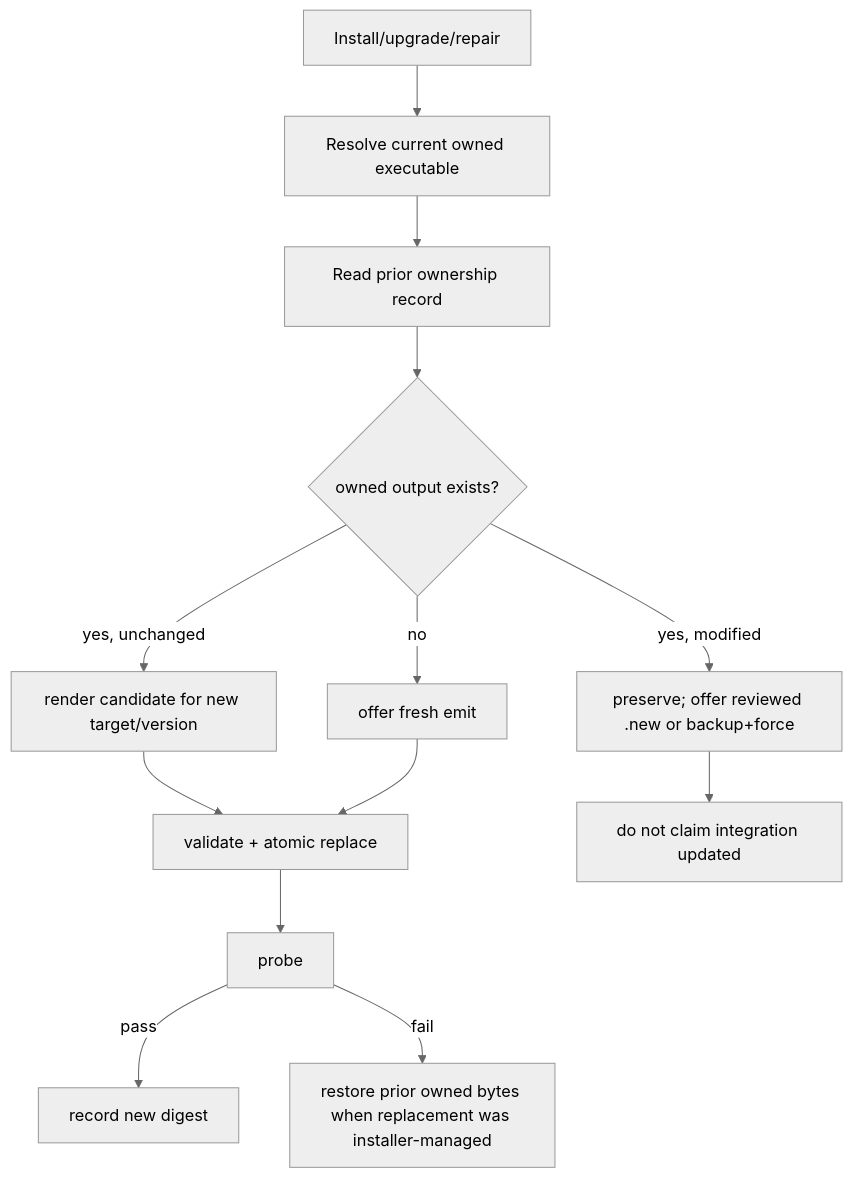
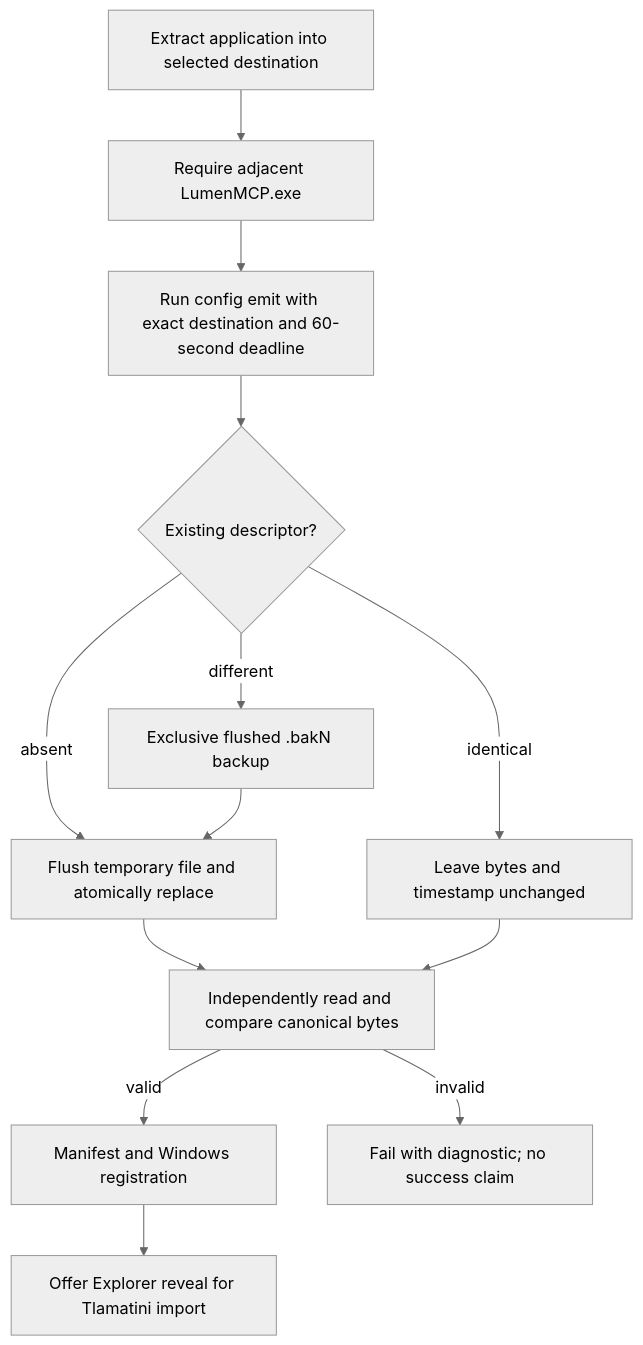
Before and after one commit to XAIHT/Lumen-Book-Reader: diagram 31 of 31 in LumenBookReader-MCPDesign.md, drawn with Mermaid (neutral theme). The commit also changed other lines of this file and 13 other files, not shown here.

Commit message:
Improved the installer, now it creates `LumenBookReader.json` beside in the actual installation folder, by Tlamatini's-AutoBot.

````diff
--- a/LumenBookReader-MCPDesign.md
+++ b/LumenBookReader-MCPDesign.md
@@ -3731,15 +3745,15 @@
 ```mermaid
 flowchart TD
-    A[Install/upgrade/repair] --> B[Resolve current owned executable]
-    B --> C[Read prior ownership record]
-    C --> D{owned output exists?}
-    D -->|no| E[offer fresh emit]
-    D -->|yes, unchanged| F[render candidate for new target/version]
-    D -->|yes, modified| G[preserve; offer reviewed .new or backup+force]
-    F --> H[validate + atomic replace]
-    E --> H
-    H --> I[probe]
-    I -->|pass| J[record new digest]
-    I -->|fail| K[restore prior owned bytes when replacement was installer-managed]
-    G --> L[do not claim integration updated]
+    A[Extract application into selected destination] --> B[Require adjacent LumenMCP.exe]
+    B --> C[Run config emit with exact destination and 60-second deadline]
+    C --> D{Existing descriptor?}
+    D -->|absent| E[Flush temporary file and atomically replace]
+    D -->|identical| F[Leave bytes and timestamp unchanged]
+    D -->|different| G[Exclusive flushed .bakN backup]
+    G --> E
+    E --> H[Independently read and compare canonical bytes]
+    F --> H
+    H -->|valid| I[Manifest and Windows registration]
+    H -->|invalid| J[Fail with diagnostic; no success claim]
+    I --> K[Offer Explorer reveal for Tlamatini import]
 ```
````
